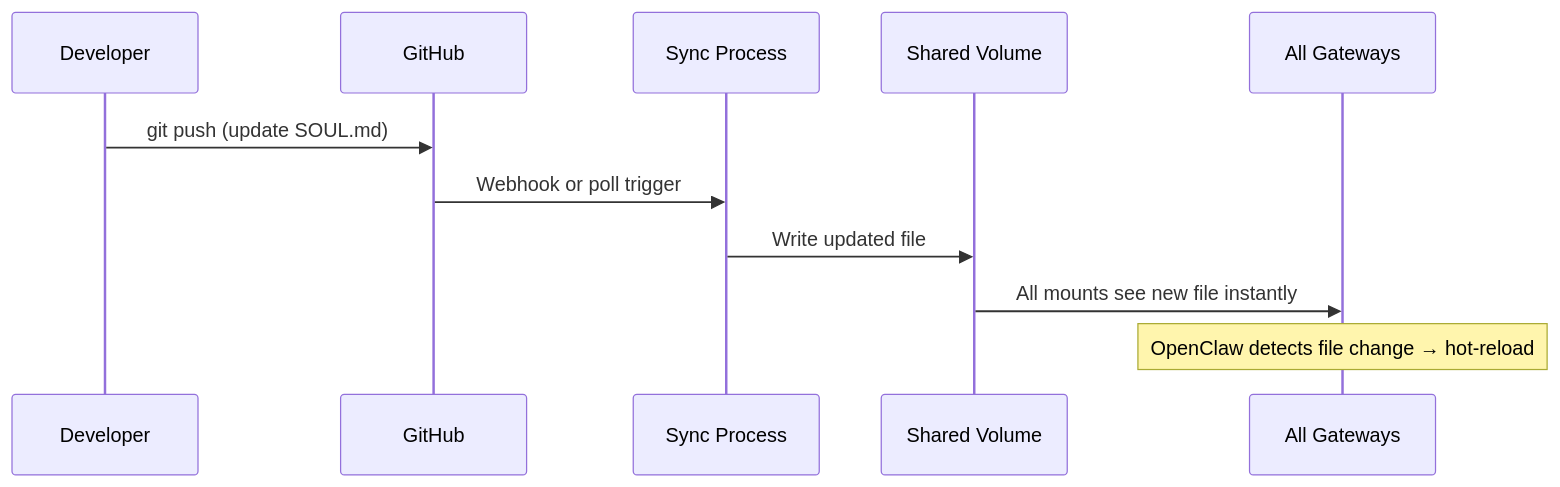
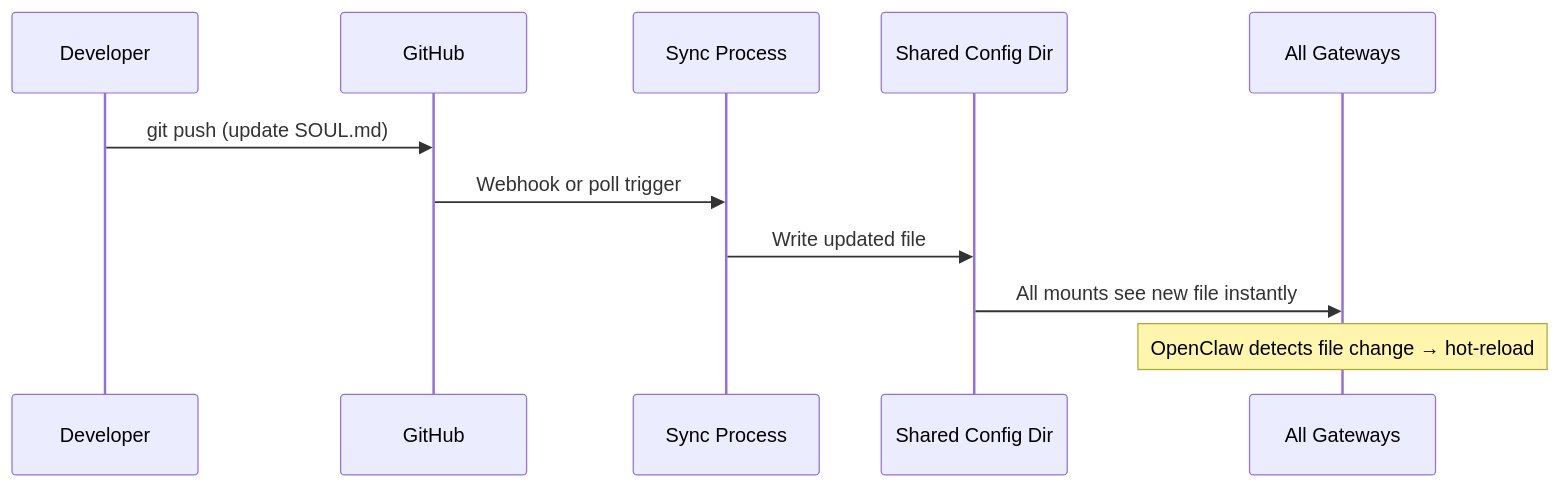
Before and after one commit to 1qh/claw: the second of 2 diagrams in brainstorm/versioning.md, drawn with Mermaid. The commit also changed other lines of this file and 9 other files, not shown here.

Commit message:
Update all files: replace container refs with gateway process architecture

````diff
--- a/brainstorm/versioning.md
+++ b/brainstorm/versioning.md
@@ -37,14 +37,14 @@
 ```mermaid
 sequenceDiagram
     participant Dev as Developer
     participant GH as GitHub
     participant Sync as Sync Process
-    participant Vol as Shared Volume
+    participant Vol as Shared Config Dir
     participant GW as All Gateways
 
     Dev->>GH: git push (update SOUL.md)
     GH->>Sync: Webhook or poll trigger
     Sync->>Vol: Write updated file
     Vol->>GW: All mounts see new file instantly
     Note over GW: OpenClaw detects file change → hot-reload
 ```
````
